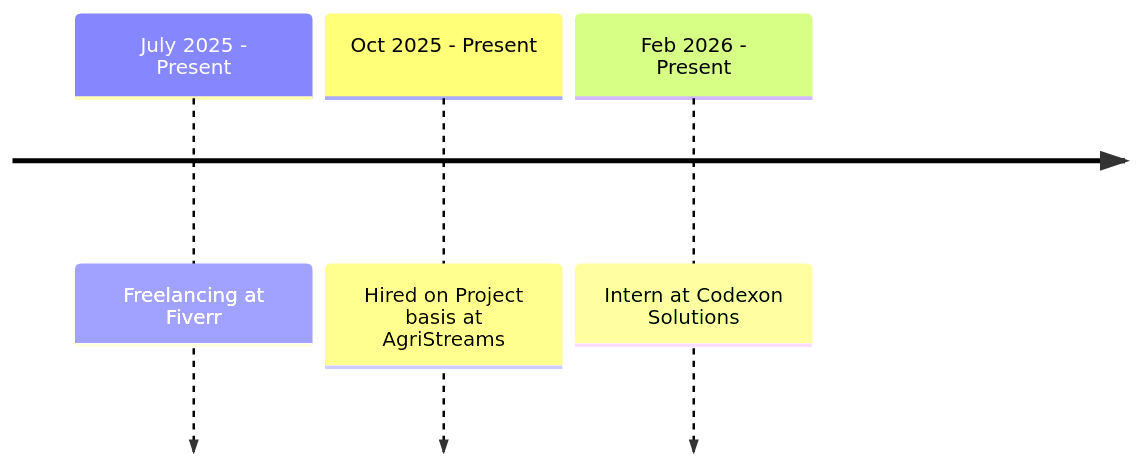
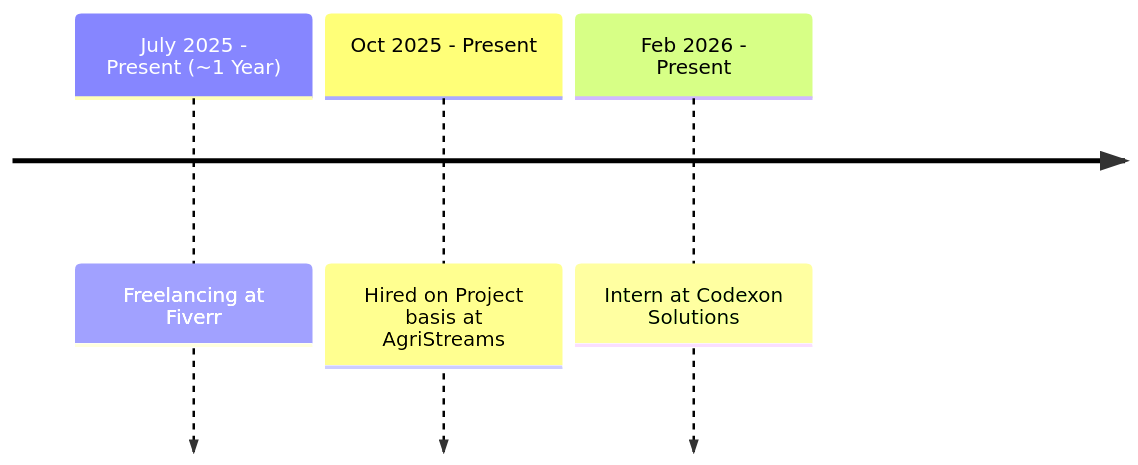
One commit to ShahzaibAhmad05/ShahzaibAhmad05 changed the diagram in README.md. Above: the diagram before and after it, drawn with Mermaid.

Commit message:
Add YOE to professional experience

````diff
--- a/README.md
+++ b/README.md
@@ -115,6 +115,6 @@
 ```mermaid
 timeline
-    July 2025 - Present : Freelancing at Fiverr
+    July 2025 - Present (~1 Year) : Freelancing at Fiverr
     Oct 2025 - Present : Hired on Project basis at AgriStreams
     Feb 2026 - Present : Intern at Codexon Solutions
 ```
````
